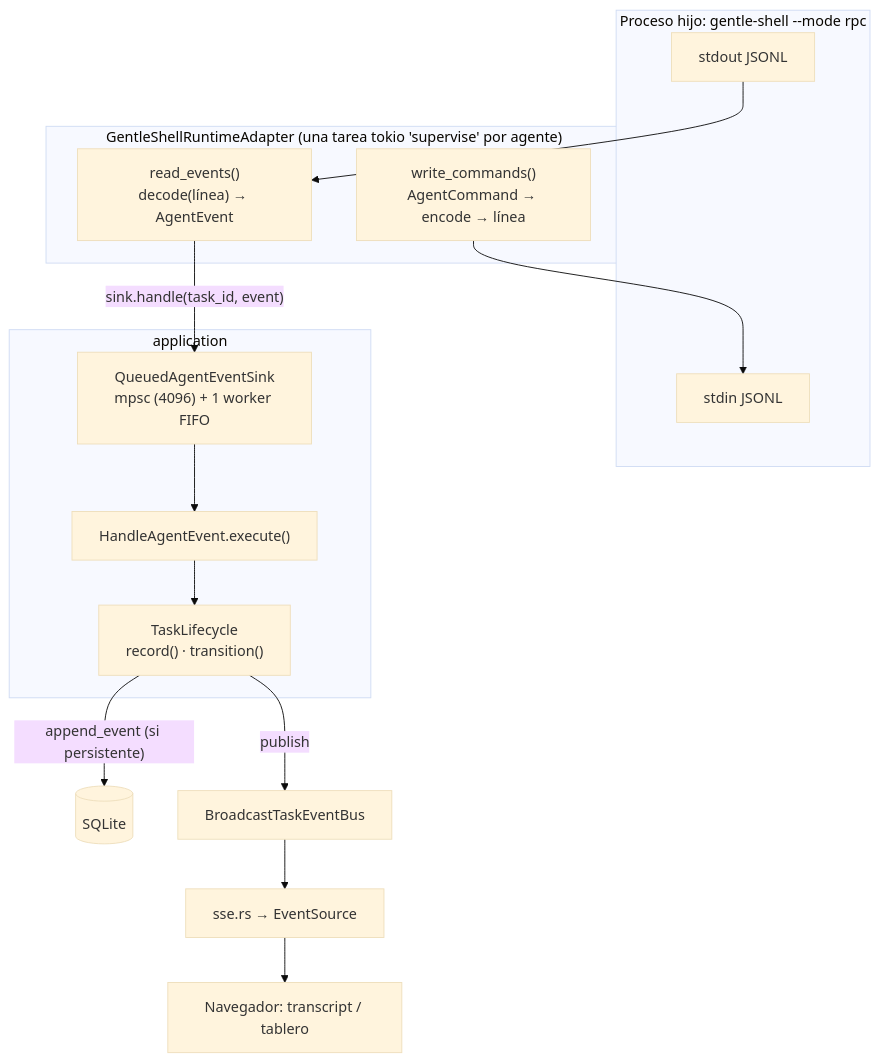
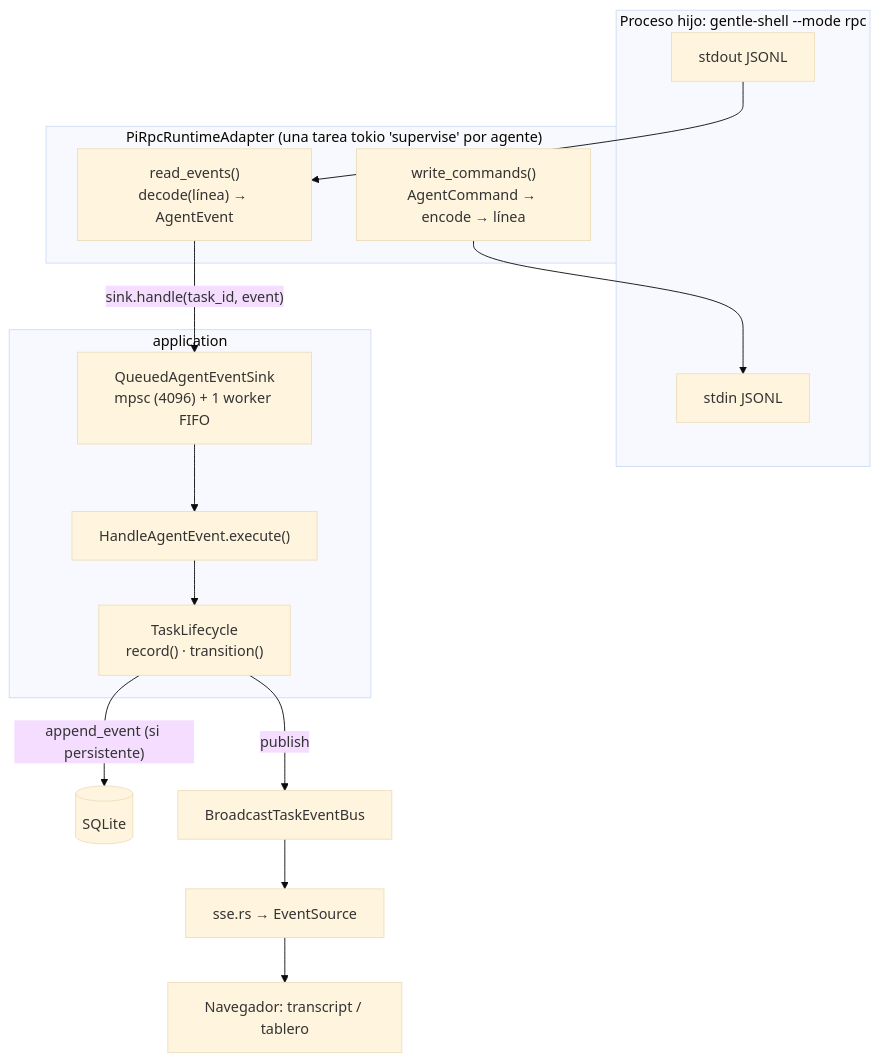
Before and after one commit to plopezm/iworkflow: the eighth of 10 diagrams in ARCHITECTURE.md, drawn with Mermaid (base theme). The commit also changed other lines of this file and 1 other file, not shown here.

Commit message:
docs: describe the agent runtime router and pi adapter in ARCHITECTURE

````diff
--- a/ARCHITECTURE.md
+++ b/ARCHITECTURE.md
@@ -656,24 +656,24 @@
 ```mermaid
 flowchart TB
     subgraph proc["Proceso hijo: gentle-shell --mode rpc"]
         OUT[stdout JSONL]
         IN[stdin JSONL]
     end
-    subgraph rt["GentleShellRuntimeAdapter (una tarea tokio 'supervise' por agente)"]
+    subgraph rt["PiRpcRuntimeAdapter (una tarea tokio 'supervise' por agente)"]
         RE["read_events()<br/>decode(línea) → AgentEvent"]
         WC["write_commands()<br/>AgentCommand → encode → línea"]
     end
     OUT --> RE
     WC --> IN
     RE -- "sink.handle(task_id, event)" --> Q
     subgraph app["application"]
         Q["QueuedAgentEventSink<br/>mpsc (4096) + 1 worker FIFO"]
         H["HandleAgentEvent.execute()"]
         L["TaskLifecycle<br/>record() · transition()"]
         Q --> H --> L
     end
     L -- "append_event (si persistente)" --> DB[(SQLite)]
     L -- "publish" --> BUS["BroadcastTaskEventBus"]
     BUS --> SSE["sse.rs → EventSource"]
     SSE --> UI[Navegador: transcript / tablero]
 ```
````
